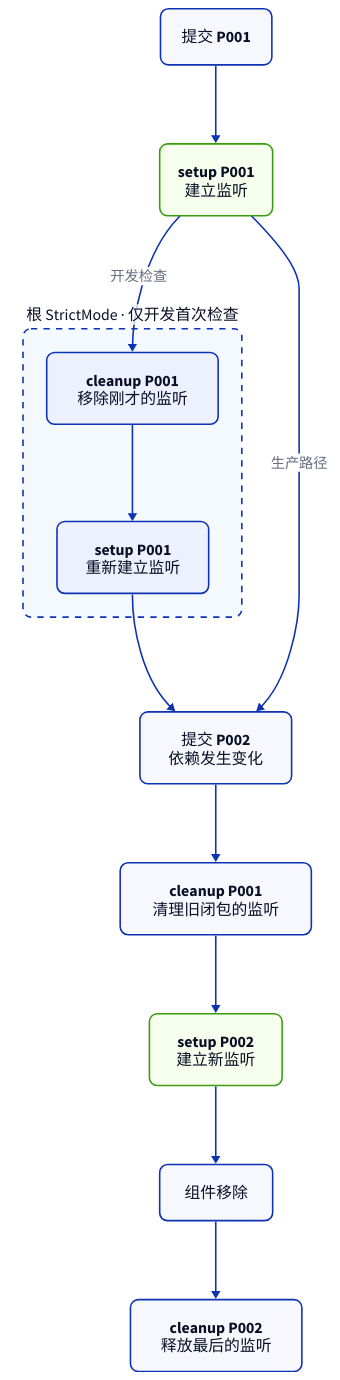
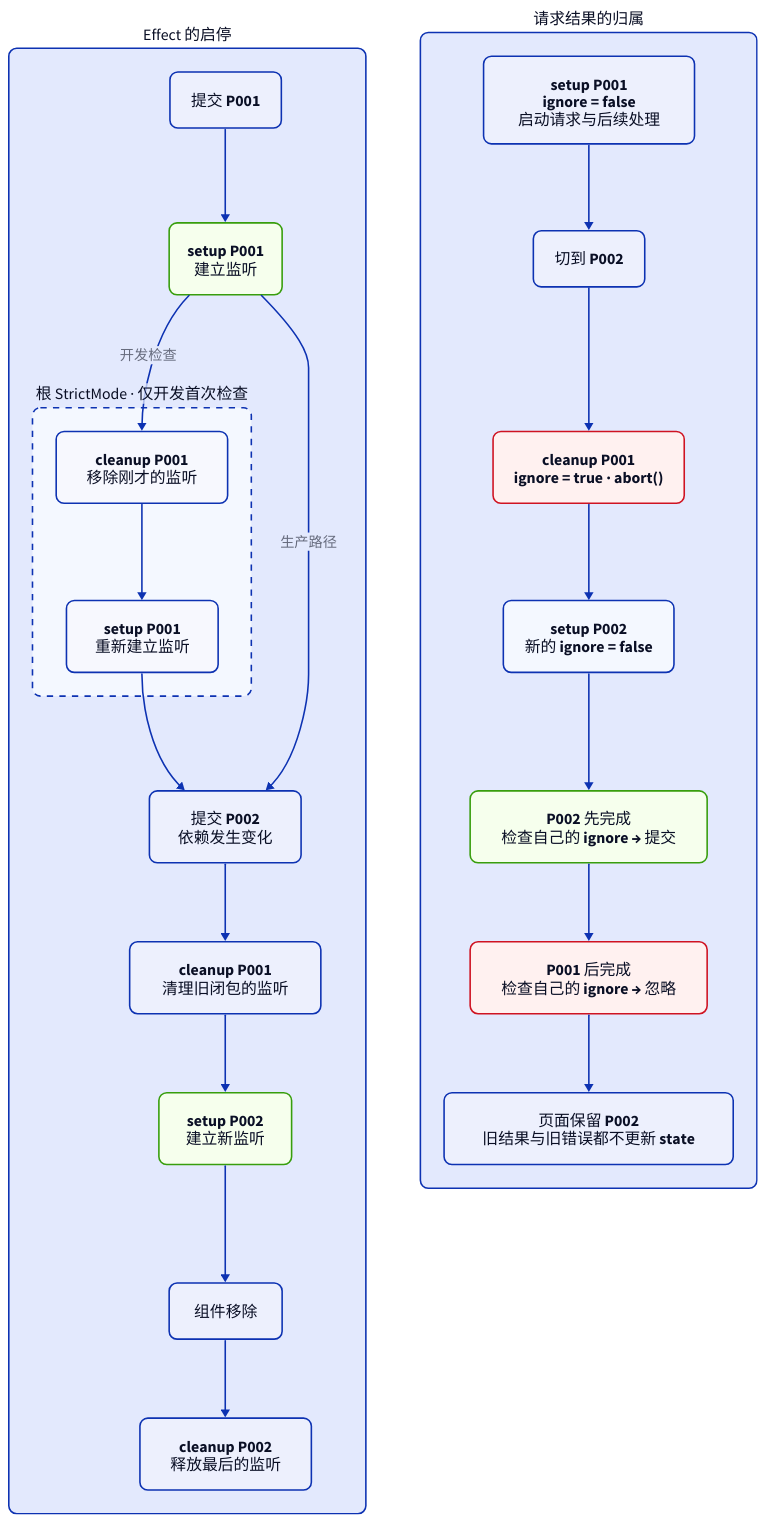
The diagram in diagrams/c29-effect-lifecycle.d2 (socoo123/js_web), drawn with D2 before and after one commit. The commit also changed 42 other files, not shown here.

```diff
--- a/diagrams/c29-effect-lifecycle.d2
+++ b/diagrams/c29-effect-lifecycle.d2
@@ -1,32 +1,59 @@
-# 箭头表示同一个 Effect 的执行先后；每次 cleanup 使用对应 setup 的闭包。
+# 共用机制图：左侧是 Effect 交接资源，右侧把同一规则应用于请求竞态。
+# 箭头表示各栏内的执行先后，颜色区分当前有效与已经过期的操作。
 direction: down
 **.style.font-size: 20
 **.style.border-radius: 10
 (** -> **)[*].style.font-size: 18
 
-mount: 提交 P001
-start: setup P001\n建立监听 {
-  style.fill: "#f6ffed"
-  style.stroke: "#389e0d"
+lifecycle: Effect 的启停 {
+  direction: down
+  mount: 提交 P001
+  start: setup P001\n建立监听 {
+    style.fill: "#f6ffed"
+    style.stroke: "#389e0d"
+  }
+  check: 根 StrictMode · 仅开发首次检查 {
+    style.fill: "#f4f8ff"
+    style.stroke-dash: 4
+    stop: cleanup P001\n移除刚才的监听
+    restart: setup P001\n重新建立监听
+    stop -> restart
+  }
+  change: 提交 P002\n依赖发生变化
+  old: cleanup P001\n清理旧闭包的监听
+  next: setup P002\n建立新监听 {
+    style.fill: "#f6ffed"
+    style.stroke: "#389e0d"
+  }
+  remove: 组件移除
+  end: cleanup P002\n释放最后的监听
+
+  mount -> start
+  start -> check.stop: 开发检查
+  check.restart -> change
+  start -> change: 生产路径
+  change -> old -> next -> remove -> end
 }
-check: 根 StrictMode · 仅开发首次检查 {
-  style.fill: "#f4f8ff"
-  style.stroke-dash: 4
-  stop: cleanup P001\n移除刚才的监听
-  restart: setup P001\n重新建立监听
-  stop -> restart
+
+race: 请求结果的归属 {
+  direction: down
+  first: setup P001\nignore = false\n启动请求与后续处理
+  switch: 切到 P002
+  cleanup: cleanup P001\nignore = true · abort() {
+    style.fill: "#fff1f0"
+    style.stroke: "#cf1322"
+  }
+  second: setup P002\n新的 ignore = false {
+    style.fill: "#f4f8ff"
+  }
+  current: P002 先完成\n检查自己的 ignore → 提交 {
+    style.fill: "#f6ffed"
+    style.stroke: "#389e0d"
+  }
+  stale: P001 后完成\n检查自己的 ignore → 忽略 {
+    style.fill: "#fff1f0"
+    style.stroke: "#cf1322"
+  }
+  result: 页面保留 P002\n旧结果与旧错误都不更新 state
+  first -> switch -> cleanup -> second -> current -> stale -> result
 }
-change: 提交 P002\n依赖发生变化
-old: cleanup P001\n清理旧闭包的监听
-next: setup P002\n建立新监听 {
-  style.fill: "#f6ffed"
-  style.stroke: "#389e0d"
-}
-remove: 组件移除
-end: cleanup P002\n释放最后的监听
-
-mount -> start
-start -> check.stop: 开发检查
-check.restart -> change
-start -> change: 生产路径
-change -> old -> next -> remove -> end
```
